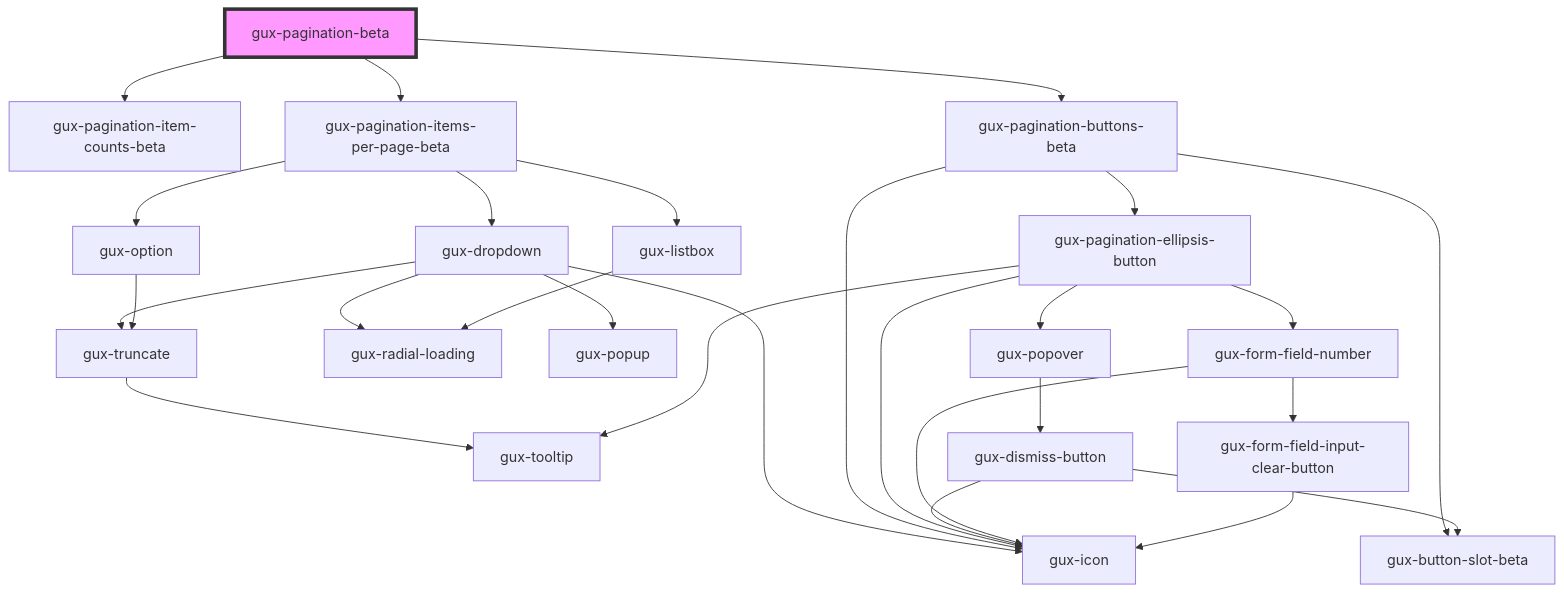
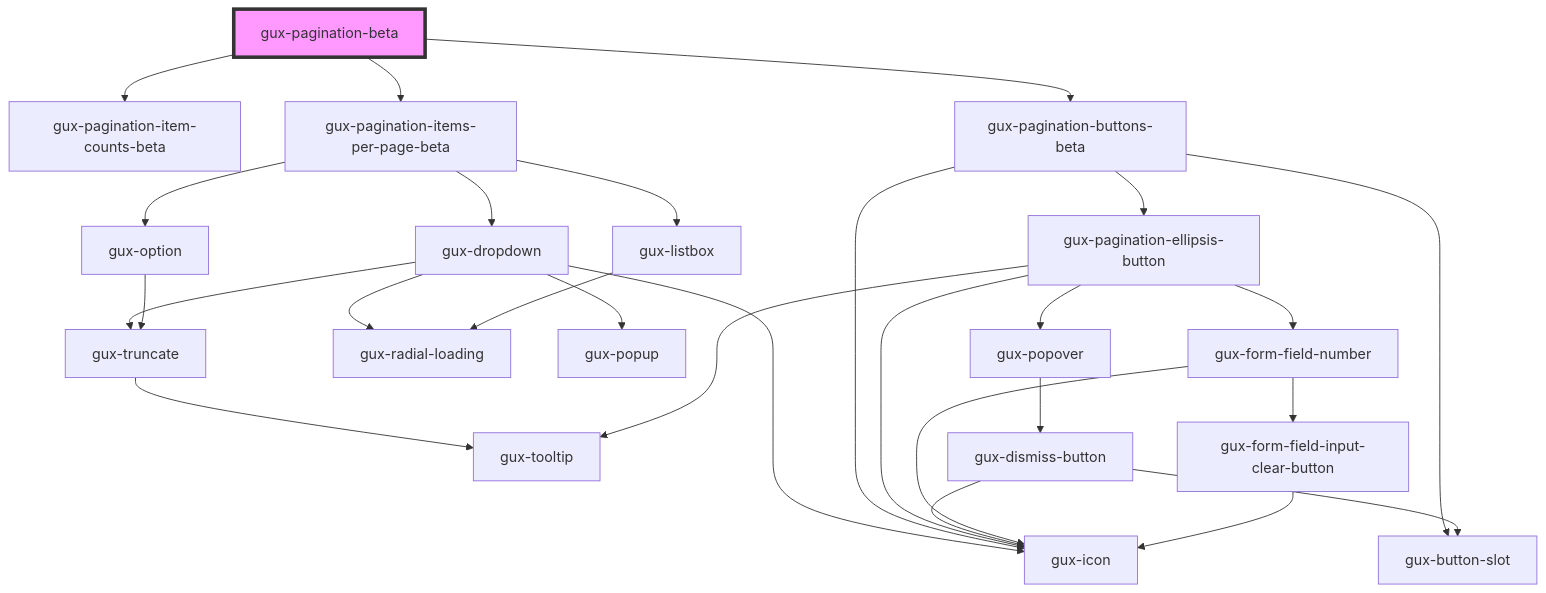
The diagram in packages/genesys-spark-components/src/components/beta/gux-pagination-beta/readme.md (MyPureCloud/genesys-spark), drawn with Mermaid before and after one commit. The commit also changed 73 other files, not shown here.

First line of the commit message:
refactor(gux-button-slot): move to stable

````diff
--- a/packages/genesys-spark-components/src/components/beta/gux-pagination-beta/readme.md
+++ b/packages/genesys-spark-components/src/components/beta/gux-pagination-beta/readme.md
@@ -41,30 +41,30 @@
 ```mermaid
 graph TD;
   gux-pagination-beta --> gux-pagination-item-counts-beta
   gux-pagination-beta --> gux-pagination-items-per-page-beta
   gux-pagination-beta --> gux-pagination-buttons-beta
   gux-pagination-items-per-page-beta --> gux-dropdown
   gux-pagination-items-per-page-beta --> gux-listbox
   gux-pagination-items-per-page-beta --> gux-option
   gux-dropdown --> gux-truncate
   gux-dropdown --> gux-icon
   gux-dropdown --> gux-radial-loading
   gux-dropdown --> gux-popup
   gux-truncate --> gux-tooltip
   gux-listbox --> gux-radial-loading
   gux-option --> gux-truncate
   gux-pagination-buttons-beta --> gux-pagination-ellipsis-button
-  gux-pagination-buttons-beta --> gux-button-slot-beta
+  gux-pagination-buttons-beta --> gux-button-slot
   gux-pagination-buttons-beta --> gux-icon
   gux-pagination-ellipsis-button --> gux-icon
   gux-pagination-ellipsis-button --> gux-tooltip
   gux-pagination-ellipsis-button --> gux-popover
   gux-pagination-ellipsis-button --> gux-form-field-number
   gux-popover --> gux-dismiss-button
-  gux-dismiss-button --> gux-button-slot-beta
+  gux-dismiss-button --> gux-button-slot
   gux-dismiss-button --> gux-icon
   gux-form-field-number --> gux-form-field-input-clear-button
   gux-form-field-number --> gux-icon
   gux-form-field-input-clear-button --> gux-icon
   style gux-pagination-beta fill:#f9f,stroke:#333,stroke-width:4px
 ```
````
